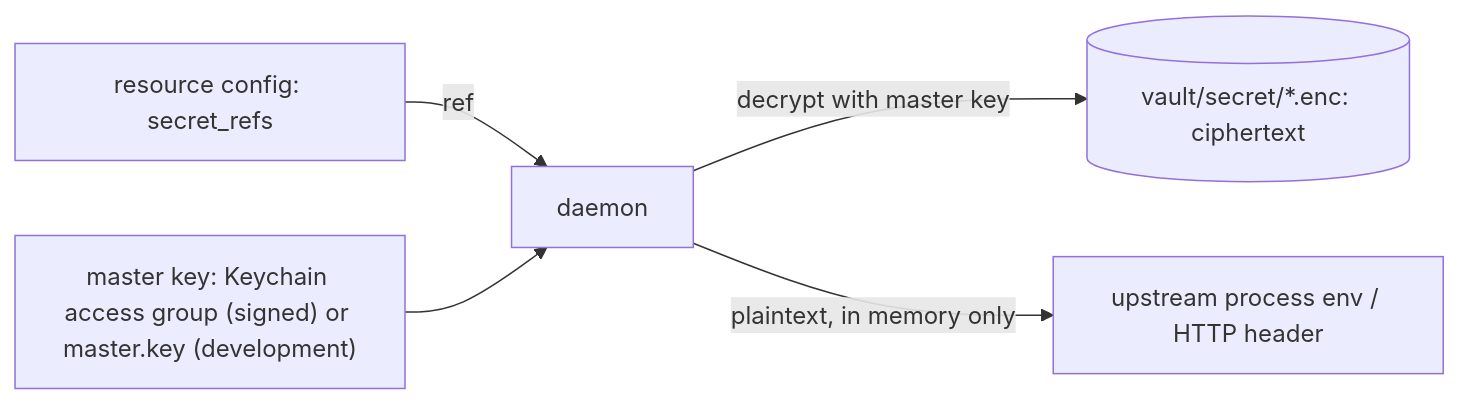
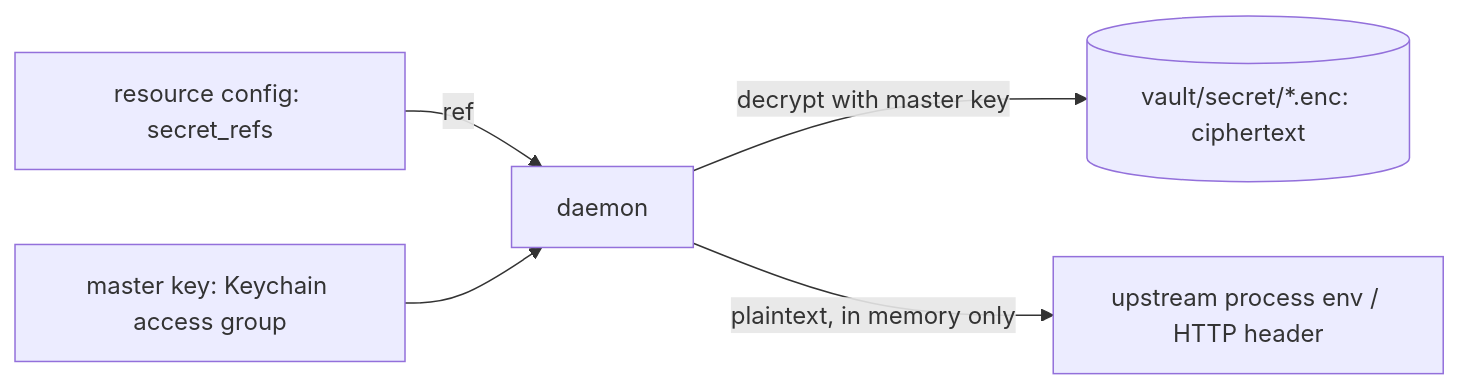
One commit to wyx-sg/Coffer changed the diagram in docs-site/guides/secret-store.md. Above: the diagram before and after it, drawn with Mermaid. The commit also changed other lines of this file and 56 other files, not shown here.

First line of the commit message:
docs: fix Mermaid diagrams and describe the master key as Keychain-only (#619)

````diff
--- a/docs-site/guides/secret-store.md
+++ b/docs-site/guides/secret-store.md
@@ -19,7 +19,7 @@
 ```mermaid
 flowchart LR
     CFG["resource config: secret_refs"] -->|ref| D["daemon"]
     D -->|decrypt with master key| DB[("vault/secret/*.enc: ciphertext")]
     D -->|plaintext, in memory only| UP["upstream process env / HTTP header"]
-    MK["master key: Keychain access group (signed) or master.key (development)"] --> D
+    MK["master key: Keychain access group"] --> D
 ```
````
